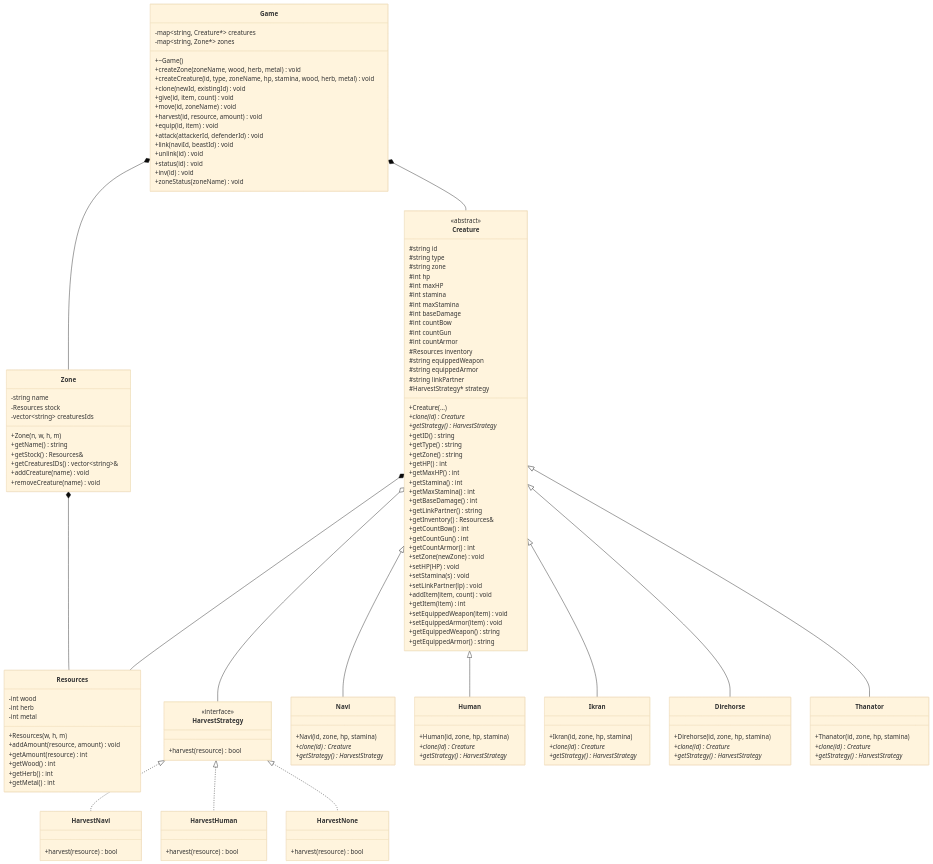
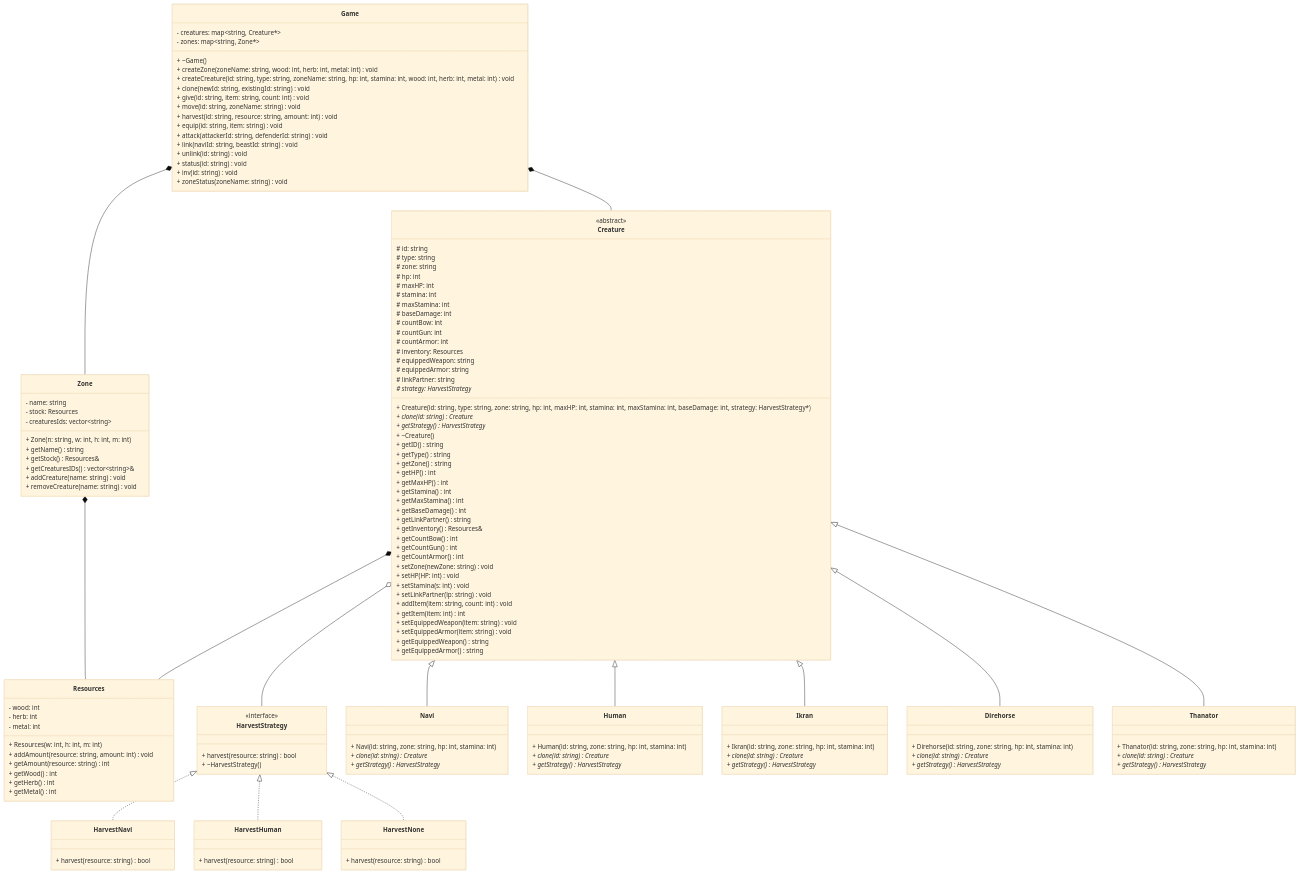
The diagram in patterns.md (millfsw/toolkit), drawn with Mermaid (base theme) before and after one commit.

````diff
--- a/patterns.md
+++ b/patterns.md
@@ -1,139 +1,141 @@
 ```mermaid
 classDiagram
     class Resources {
-        -int wood
-        -int herb
-        -int metal
-        +Resources(w, h, m)
-        +addAmount(resource, amount) void
-        +getAmount(resource) int
-        +getWood() int
-        +getHerb() int
-        +getMetal() int
+        - wood: int
+        - herb: int
+        - metal: int
+        + Resources(w: int, h: int, m: int)
+        + addAmount(resource: string, amount: int) void
+        + getAmount(resource: string) int
+        + getWood() int
+        + getHerb() int
+        + getMetal() int
     }
 
     class Zone {
-        -string name
-        -Resources stock
-        -vector~string~ creaturesIds
-        +Zone(n, w, h, m)
-        +getName() string
-        +getStock() Resources&
-        +getCreaturesIDs() vector~string~&
-        +addCreature(name) void
-        +removeCreature(name) void
+        - name: string
+        - stock: Resources
+        - creaturesIds: vector~string~
+        + Zone(n: string, w: int, h: int, m: int)
+        + getName() string
+        + getStock() Resources&
+        + getCreaturesIDs() vector~string~&
+        + addCreature(name: string) void
+        + removeCreature(name: string) void
     }
 
     class HarvestStrategy {
         <<interface>>
-        +harvest(resource) bool
+        + harvest(resource: string) bool
+        + ~HarvestStrategy()
     }
 
     class HarvestNavi {
-        +harvest(resource) bool
+        + harvest(resource: string) bool
     }
 
     class HarvestHuman {
-        +harvest(resource) bool
+        + harvest(resource: string) bool
     }
 
     class HarvestNone {
-        +harvest(resource) bool
+        + harvest(resource: string) bool
     }
 
     class Creature {
         <<abstract>>
-        #string id
-        #string type
-        #string zone
-        #int hp
-        #int maxHP
-        #int stamina
-        #int maxStamina
-        #int baseDamage
-        #int countBow
-        #int countGun
-        #int countArmor
-        #Resources inventory
-        #string equippedWeapon
-        #string equippedArmor
-        #string linkPartner
-        #HarvestStrategy* strategy
-        +Creature(...)
-        +clone(id) Creature*
-        +getStrategy() HarvestStrategy*
-        +getID() string
-        +getType() string
-        +getZone() string
-        +getHP() int
-        +getMaxHP() int
-        +getStamina() int
-        +getMaxStamina() int
-        +getBaseDamage() int
-        +getLinkPartner() string
-        +getInventory() Resources&
-        +getCountBow() int
-        +getCountGun() int
-        +getCountArmor() int
-        +setZone(newZone) void
-        +setHP(HP) void
-        +setStamina(s) void
-        +setLinkPartner(lp) void
-        +addItem(item, count) void
-        +getItem(item) int
-        +setEquippedWeapon(item) void
-        +setEquippedArmor(item) void
-        +getEquippedWeapon() string
-        +getEquippedArmor() string
+        # id: string
+        # type: string
+        # zone: string
+        # hp: int
+        # maxHP: int
+        # stamina: int
+        # maxStamina: int
+        # baseDamage: int
+        # countBow: int
+        # countGun: int
+        # countArmor: int
+        # inventory: Resources
+        # equippedWeapon: string
+        # equippedArmor: string
+        # linkPartner: string
+        # strategy: HarvestStrategy*
+        + Creature(id: string, type: string, zone: string, hp: int, maxHP: int, stamina: int, maxStamina: int, baseDamage: int, strategy: HarvestStrategy*)
+        + clone(id: string) Creature*
+        + getStrategy() HarvestStrategy*
+        + ~Creature()
+        + getID() string
+        + getType() string
+        + getZone() string
+        + getHP() int
+        + getMaxHP() int
+        + getStamina() int
+        + getMaxStamina() int
+        + getBaseDamage() int
+        + getLinkPartner() string
+        + getInventory() Resources&
+        + getCountBow() int
+        + getCountGun() int
+        + getCountArmor() int
+        + setZone(newZone: string) void
+        + setHP(HP: int) void
+        + setStamina(s: int) void
+        + setLinkPartner(lp: string) void
+        + addItem(item: string, count: int) void
+        + getItem(item: int) int
+        + setEquippedWeapon(item: string) void
+        + setEquippedArmor(item: string) void
+        + getEquippedWeapon() string
+        + getEquippedArmor() string
     }
 
     class Navi {
-        +Navi(id, zone, hp, stamina)
-        +clone(id) Creature*
-        +getStrategy() HarvestStrategy*
+        + Navi(id: string, zone: string, hp: int, stamina: int)
+        + clone(id: string) Creature*
+        + getStrategy() HarvestStrategy*
     }
 
     class Human {
-        +Human(id, zone, hp, stamina)
-        +clone(id) Creature*
-        +getStrategy() HarvestStrategy*
+        + Human(id: string, zone: string, hp: int, stamina: int)
+        + clone(id: string) Creature*
+        + getStrategy() HarvestStrategy*
     }
 
     class Ikran {
-        +Ikran(id, zone, hp, stamina)
-        +clone(id) Creature*
-        +getStrategy() HarvestStrategy*
+        + Ikran(id: string, zone: string, hp: int, stamina: int)
+        + clone(id: string) Creature*
+        + getStrategy() HarvestStrategy*
     }
 
     class Direhorse {
-        +Direhorse(id, zone, hp, stamina)
-        +clone(id) Creature*
-        +getStrategy() HarvestStrategy*
+        + Direhorse(id: string, zone: string, hp: int, stamina: int)
+        + clone(id: string) Creature*
+        + getStrategy() HarvestStrategy*
     }
 
     class Thanator {
-        +Thanator(id, zone, hp, stamina)
-        +clone(id) Creature*
-        +getStrategy() HarvestStrategy*
+        + Thanator(id: string, zone: string, hp: int, stamina: int)
+        + clone(id: string) Creature*
+        + getStrategy() HarvestStrategy*
     }
 
     class Game {
-        -map~string, Creature*~ creatures
-        -map~string, Zone*~ zones
-        +~Game()
-        +createZone(zoneName, wood, herb, metal) void
-        +createCreature(id, type, zoneName, hp, stamina, wood, herb, metal) void
-        +clone(newId, existingId) void
-        +give(id, item, count) void
-        +move(id, zoneName) void
-        +harvest(id, resource, amount) void
-        +equip(id, item) void
-        +attack(attackerId, defenderId) void
-        +link(naviId, beastId) void
-        +unlink(id) void
-        +status(id) void
-        +inv(id) void
-        +zoneStatus(zoneName) void
+        - creatures: map~string, Creature*~
+        - zones: map~string, Zone*~
+        + ~Game()
+        + createZone(zoneName: string, wood: int, herb: int, metal: int) void
+        + createCreature(id: string, type: string, zoneName: string, hp: int, stamina: int, wood: int, herb: int, metal: int) void
+        + clone(newId: string, existingId: string) void
+        + give(id: string, item: string, count: int) void
+        + move(id: string, zoneName: string) void
+        + harvest(id: string, resource: string, amount: int) void
+        + equip(id: string, item: string) void
+        + attack(attackerId: string, defenderId: string) void
+        + link(naviId: string, beastId: string) void
+        + unlink(id: string) void
+        + status(id: string) void
+        + inv(id: string) void
+        + zoneStatus(zoneName: string) void
     }
 
     %% Наследование интерфейса (Strategy Pattern)
````
